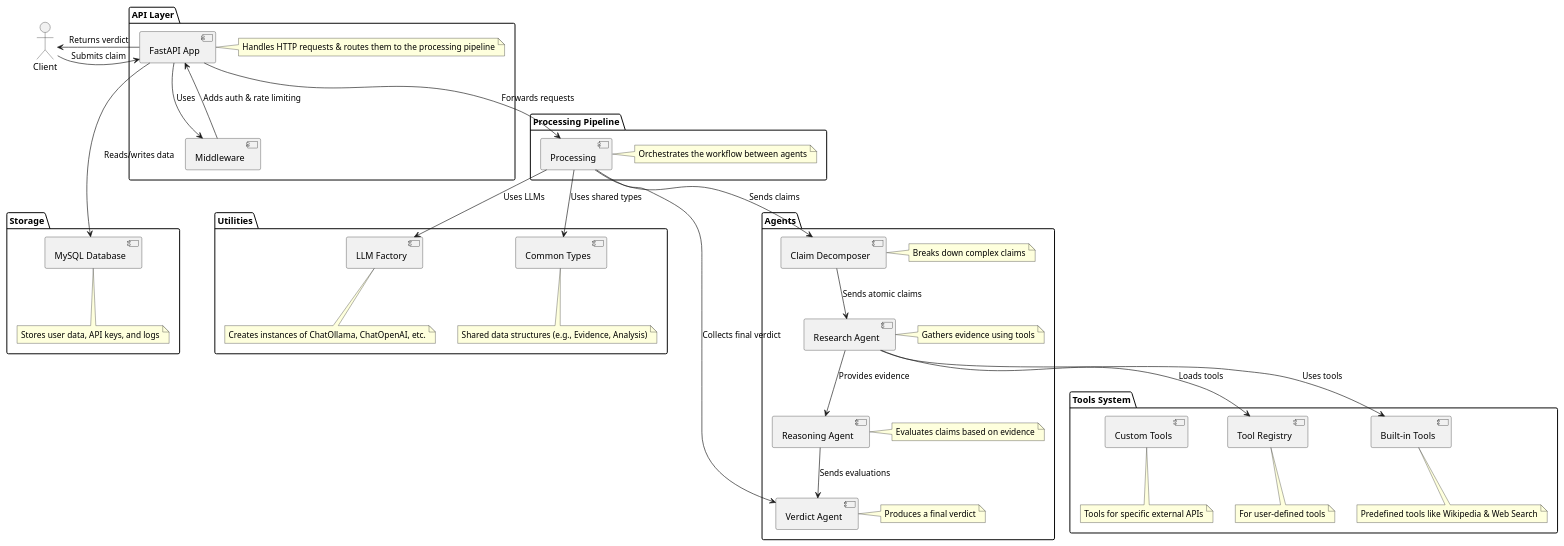
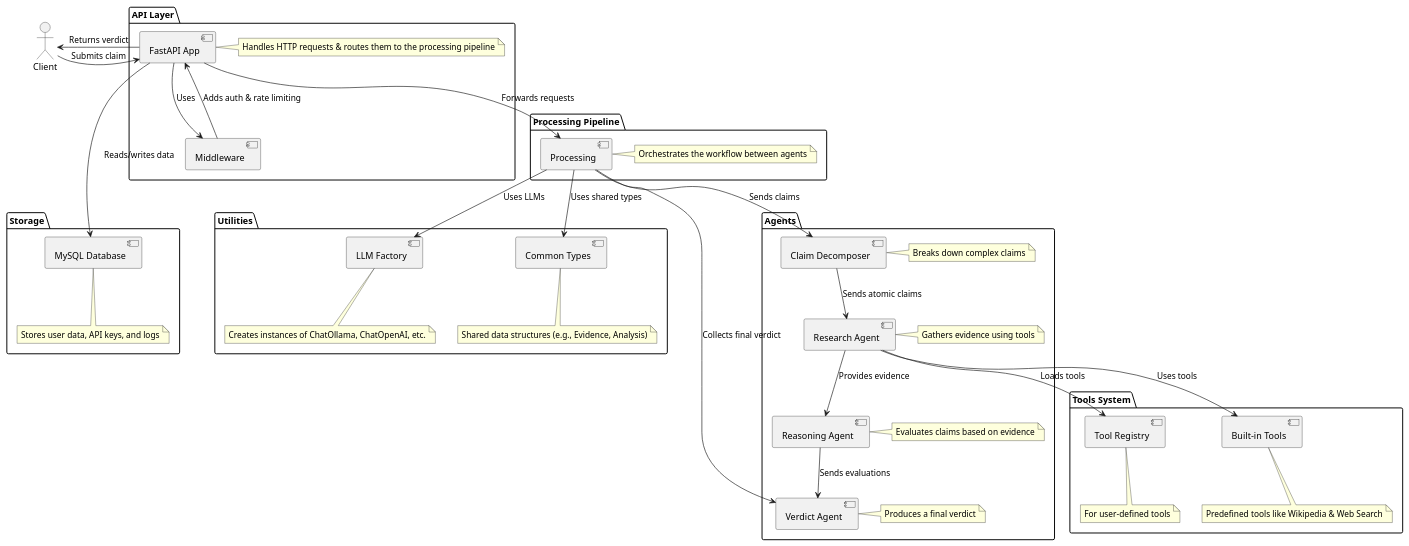
Before and after one commit to asha-software/newsagent: the diagram in docs/component_diagram.puml, drawn with PlantUML. The commit also changed 5 other files, not shown here.

```diff
--- a/docs/component_diagram.puml
+++ b/docs/component_diagram.puml
@@ -1,83 +1,82 @@
 @startuml NewsAgent Component Diagram
 
 ' Positioning: top-to-bottom flow
 top to bottom direction
+' skinparam linetype ortho
 
 ' 1. Define the Client actor at the top-left
 actor Client
 
 ' 2. API Layer
 package "API Layer" {
   [FastAPI App] as app
   [Middleware] as middleware
   note right of app: Handles HTTP requests & routes them to the processing pipeline
 }
 
 ' 3. Storage (immediately after the API Layer, so it appears below)
 package "Storage" {
   [MySQL Database] as database
   note bottom of database: Stores user data, API keys, and logs
 }
 
 middleware -[hidden]- database
 
 
 ' 4. Processing Pipeline
 package "Processing Pipeline" {
   [Processing] as processing
   note right of processing: Orchestrates the workflow between agents
 }
 
 ' 5. Agents
 package "Agents" {
   [Claim Decomposer] as decomposer
   [Research Agent] as research
   [Reasoning Agent] as reasoning
   [Verdict Agent] as verdict
   note right of decomposer: Breaks down complex claims
   note right of research: Gathers evidence using tools
   note right of reasoning: Evaluates claims based on evidence
   note right of verdict: Produces a final verdict
 }
 
 ' 6. Tools System
 package "Tools System" {
   [Tool Registry] as registry
   [Built-in Tools] as builtins
-  [Custom Tools] as customTools
   note bottom of registry: For user-defined tools
   note bottom of builtins: Predefined tools like Wikipedia & Web Search
-  note bottom of customTools: Tools for specific external APIs
 }
 
 ' 7. Utilities
 package "Utilities" {
   [LLM Factory] as llmFactory
   [Common Types] as commonTypes
   note bottom of llmFactory: Creates instances of ChatOllama, ChatOpenAI, etc.
   note bottom of commonTypes: Shared data structures (e.g., Evidence, Analysis)
 }
 
 ' Data flow arrows
 ' Client to API
 Client -right-> app : Submits claim
 app -left-> Client : Returns verdict
 
 ' API to storage
 app -down-> database : Reads/writes data
 
 ' Relationships
 app -down-> middleware : Uses
 middleware -up-> app : Adds auth & rate limiting
 app -down-> processing : Forwards requests
 processing -down-> decomposer : Sends claims
 decomposer -down-> research : Sends atomic claims
 research -down-> registry : Loads tools
 research -down-> builtins : Uses tools
 research -down-> reasoning : Provides evidence
 reasoning -down-> verdict : Sends evaluations
 processing -down-> verdict : Collects final verdict
 processing -down-> llmFactory : Uses LLMs
 processing -down-> commonTypes : Uses shared types
 
 @enduml
```
